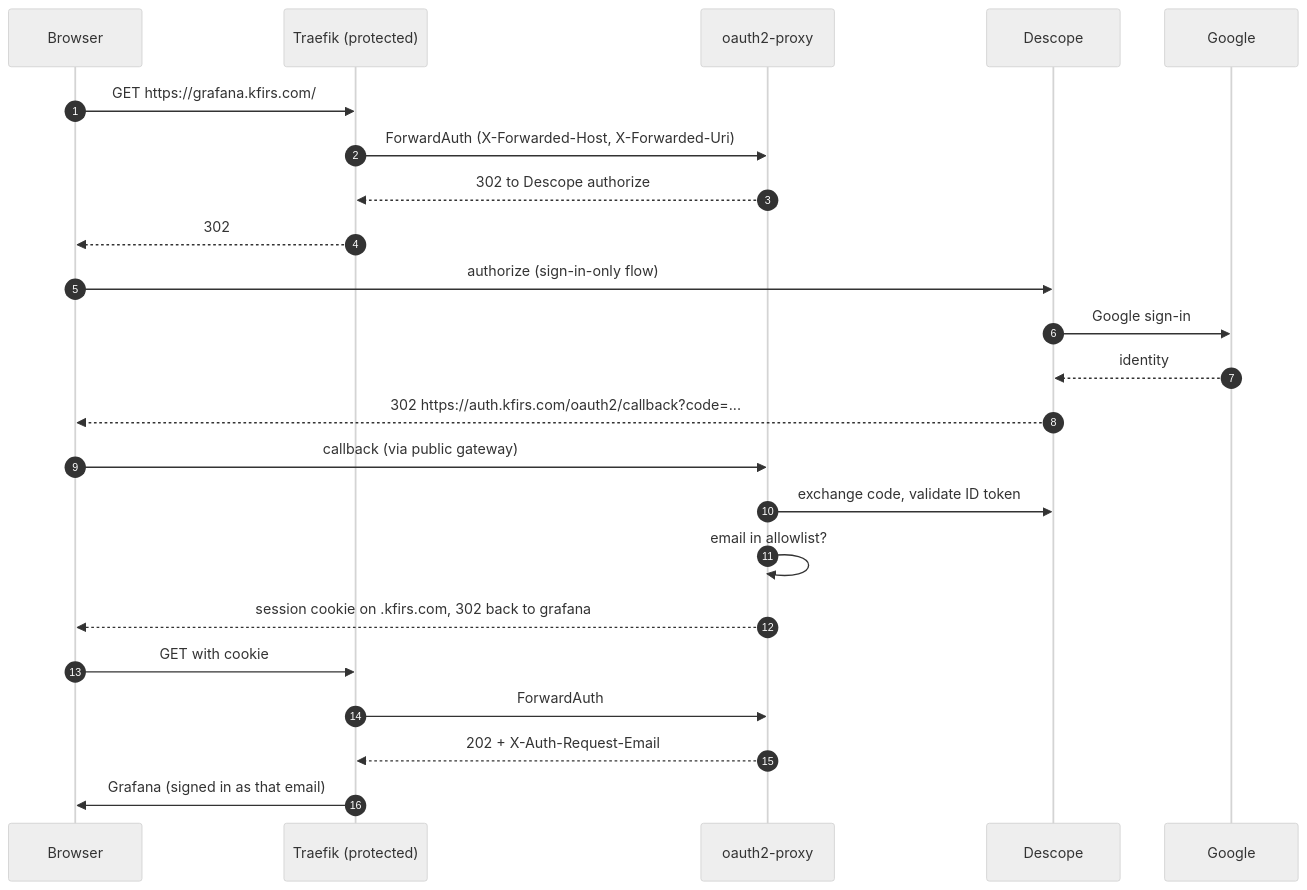
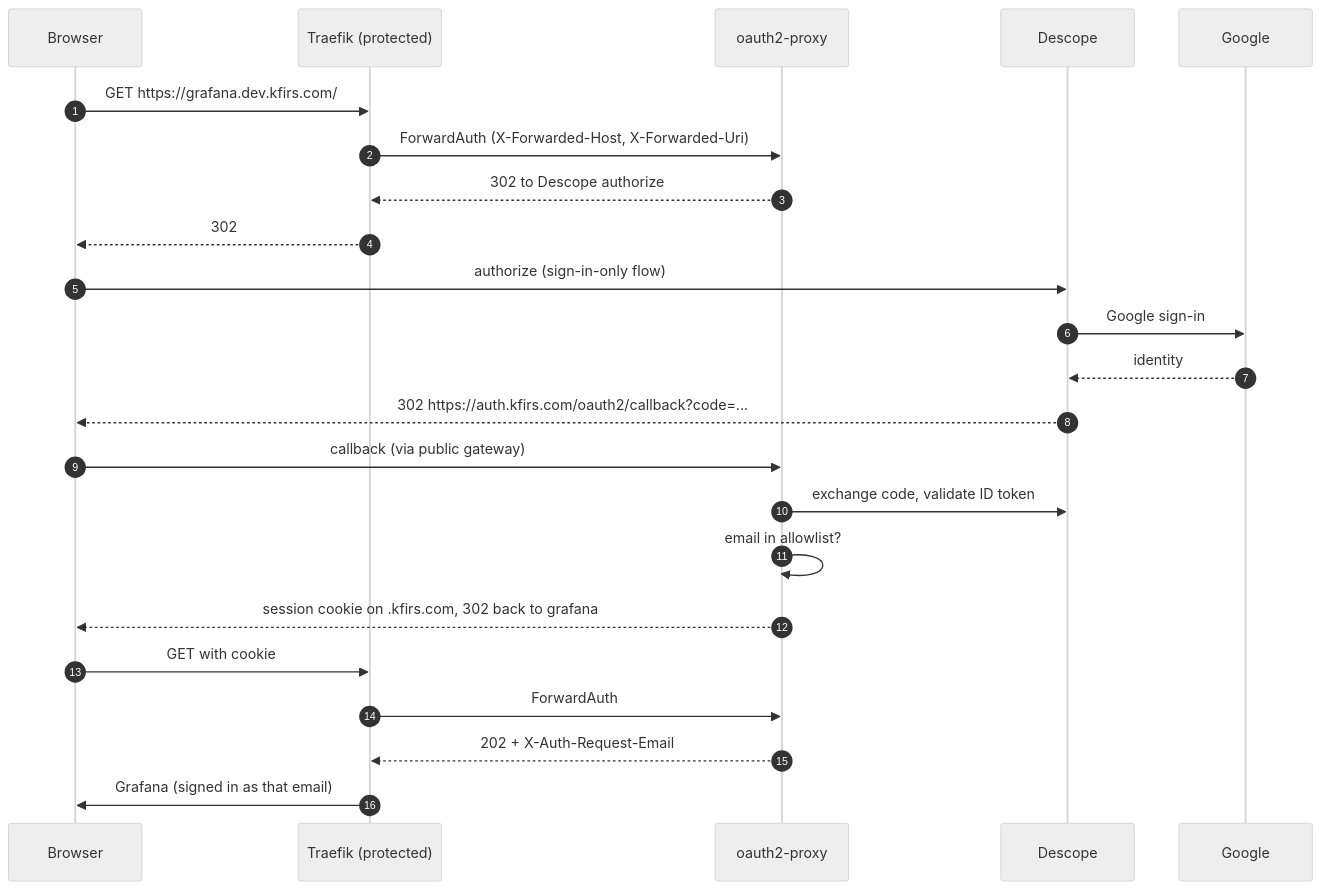
The second of 2 diagrams in hub/designs/phase-3-ingress-and-auth.md (arikkfir-org/docs), drawn with Mermaid (neutral theme) before and after one commit. The commit also changed other lines of this file and 3 other files, not shown here.

First line of the commit message:
docs(hub): serve the hub tools under dev.kfirs.com

````diff
--- a/hub/designs/phase-3-ingress-and-auth.md
+++ b/hub/designs/phase-3-ingress-and-auth.md
@@ -45,25 +45,25 @@
 ```mermaid
 sequenceDiagram
   autonumber
   participant B as Browser
   participant T as Traefik (protected)
   participant O as oauth2-proxy
   participant D as Descope
   participant G as Google
-  B->>T: GET https://grafana.kfirs.com/
+  B->>T: GET https://grafana.dev.kfirs.com/
   T->>O: ForwardAuth (X-Forwarded-Host, X-Forwarded-Uri)
   O-->>T: 302 to Descope authorize
   T-->>B: 302
   B->>D: authorize (sign-in-only flow)
   D->>G: Google sign-in
   G-->>D: identity
   D-->>B: 302 https://auth.kfirs.com/oauth2/callback?code=...
   B->>O: callback (via public gateway)
   O->>D: exchange code, validate ID token
   O->>O: email in allowlist?
   O-->>B: session cookie on .kfirs.com, 302 back to grafana
   B->>T: GET with cookie
   T->>O: ForwardAuth
   O-->>T: 202 + X-Auth-Request-Email
   T->>B: Grafana (signed in as that email)
 ```
````
